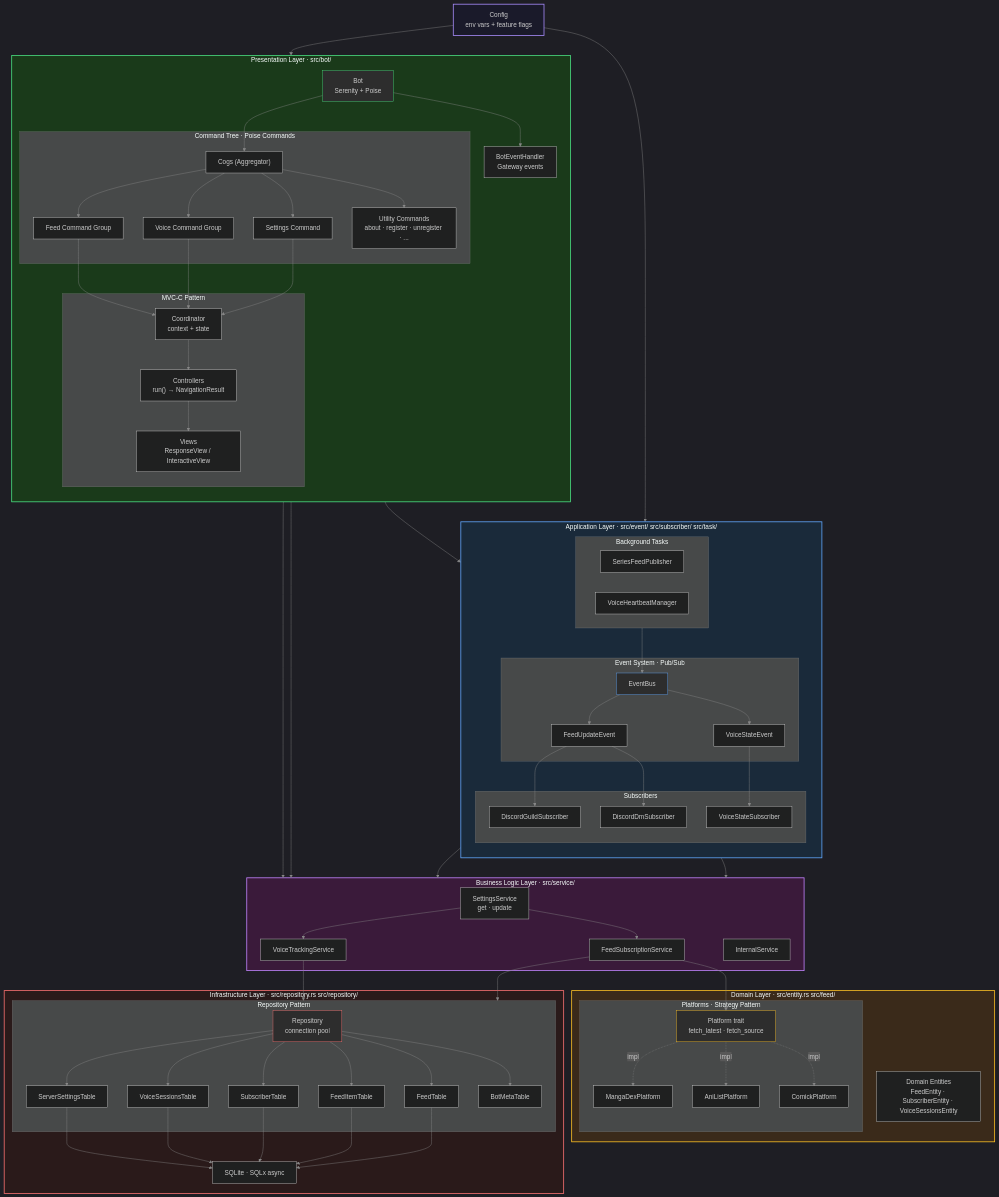
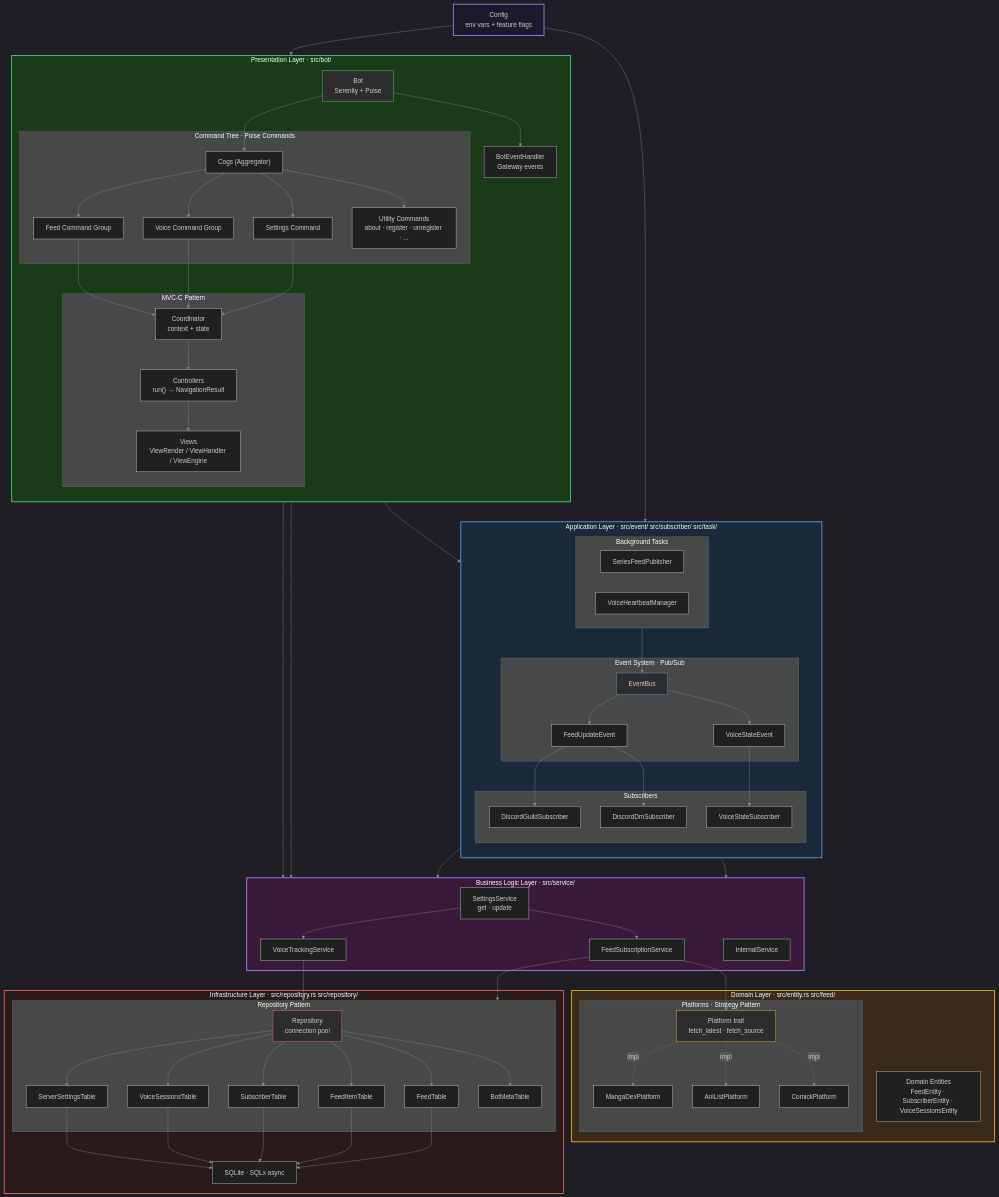
The diagram in docs/diagrams/architecture-layers.mmd (FAZuH/pwr-bot), drawn with Mermaid before and after one commit. The commit also changed 13 other files, not shown here.

```diff
--- a/docs/diagrams/architecture-layers.mmd
+++ b/docs/diagrams/architecture-layers.mmd
@@ -1,119 +1,119 @@
 %%{init: {
   'theme': 'dark',
   'themeVariables': {
     'primaryColor': '#1e1e1e',
     'primaryTextColor': '#ffffff',
     'primaryBorderColor': '#ffffff',
     'lineColor': '#888888',
     'secondaryColor': '#2d2d2d',
     'tertiaryColor': '#1e1e1e'
   }
 }}%%
 graph TB
     subgraph Presentation["Presentation Layer  ·  src/bot/"]
         direction TB
         Bot["Bot<br/>Serenity + Poise"]
         EventHandler["BotEventHandler<br/>Gateway events"]
 
         subgraph Commands["Command Tree  ·  Poise Commands"]
             Cogs["Cogs (Aggregator)"]
             FeedCmd["Feed Command Group"]
             VoiceCmd["Voice Command Group"]
             SettingsCmd["Settings Command"]
             UtilityCmds["Utility Commands<br/>about · register · unregister · ..."]
             Cogs --> FeedCmd & VoiceCmd & SettingsCmd & UtilityCmds
         end
 
         subgraph MVC["MVC-C Pattern"]
             Coordinator["Coordinator<br/>context + state"]
             Controllers["Controllers<br/>run() → NavigationResult"]
-            Views["Views<br/>ResponseView / InteractiveView"]
+            Views["Views<br/>ViewRender / ViewHandler / ViewEngine"]
             Coordinator --> Controllers --> Views
         end
 
         Bot --> EventHandler & Cogs
         FeedCmd & VoiceCmd & SettingsCmd --> Coordinator
     end
 
     subgraph Application["Application Layer  ·  src/event/  src/subscriber/  src/task/"]
         direction TB
 
         subgraph EventSystem["Event System  ·  Pub/Sub"]
             EventBus["EventBus"]
             FeedEvent["FeedUpdateEvent"]
             VoiceEvent["VoiceStateEvent"]
             EventBus --> FeedEvent & VoiceEvent
         end
 
         subgraph Subscribers["Subscribers"]
             GuildSub["DiscordGuildSubscriber"]
             DmSub["DiscordDmSubscriber"]
             VoiceSub["VoiceStateSubscriber"]
         end
 
         subgraph Tasks["Background Tasks"]
             FeedPublisher["SeriesFeedPublisher"]
             VoiceHeartbeat["VoiceHeartbeatManager"]
         end
 
         FeedEvent --> GuildSub & DmSub
         VoiceEvent --> VoiceSub
         Tasks --> EventBus
     end
 
     subgraph BusinessLogic["Business Logic Layer  ·  src/service/"]
         SettingsService["SettingsService<br/>get · update"]
         FeedService["FeedSubscriptionService"]
         VoiceService["VoiceTrackingService"]
         InternalService["InternalService"]
         SettingsService --> FeedService & VoiceService
     end
 
     subgraph Domain["Domain Layer  ·  src/entity.rs  src/feed/"]
         subgraph Platforms["Platforms  ·  Strategy Pattern"]
             PlatformTrait["Platform trait<br/>fetch_latest · fetch_source"]
             MangaDex["MangaDexPlatform"]
             AniList["AniListPlatform"]
             Comick["ComickPlatform"]
             PlatformTrait -.->|impl| MangaDex & AniList & Comick
         end
         Entities["Domain Entities<br/>FeedEntity · SubscriberEntity · VoiceSessionsEntity"]
     end
 
     subgraph Infrastructure["Infrastructure Layer  ·  src/repository.rs  src/repository/"]
         subgraph Repository["Repository Pattern"]
             Repo["Repository<br/>connection pool"]
             FeedTable["FeedTable"]
             FeedItemTable["FeedItemTable"]
             SubscriberTable["SubscriberTable"]
             VoiceTable["VoiceSessionsTable"]
             SettingsTable["ServerSettingsTable"]
             BotMetaTable["BotMetaTable"]
             Repo --> FeedTable & FeedItemTable & SubscriberTable & VoiceTable & SettingsTable & BotMetaTable
         end
         SQLite["SQLite  ·  SQLx async"]
         FeedTable & FeedItemTable & SubscriberTable & VoiceTable & SettingsTable --> SQLite
     end
 
     Config["Config<br/>env vars + feature flags"]
 
     %% Cross-layer
     Controllers --> BusinessLogic
     Subscribers --> BusinessLogic
     Tasks --> BusinessLogic
     FeedService --> PlatformTrait
     FeedService & VoiceService --> Repository
     Bot --> BusinessLogic & EventBus
     Config --> Bot & Tasks
 
     style Presentation fill:#1a3a1a,stroke:#4ade80,stroke-width:2px
     style Application fill:#1a2a3a,stroke:#60a5fa,stroke-width:2px
     style BusinessLogic fill:#3a1a3a,stroke:#c084fc,stroke-width:2px
     style Domain fill:#3a2a1a,stroke:#fbbf24,stroke-width:2px
     style Infrastructure fill:#2a1a1a,stroke:#f87171,stroke-width:2px
     style Config fill:#1a1a2a,stroke:#a78bfa,stroke-width:2px
 
     style Bot fill:#2d2d2d,stroke:#4ade80
     style EventBus fill:#2d2d2d,stroke:#60a5fa
     style PlatformTrait fill:#2d2d2d,stroke:#fbbf24
     style Repo fill:#2d2d2d,stroke:#f87171
```
